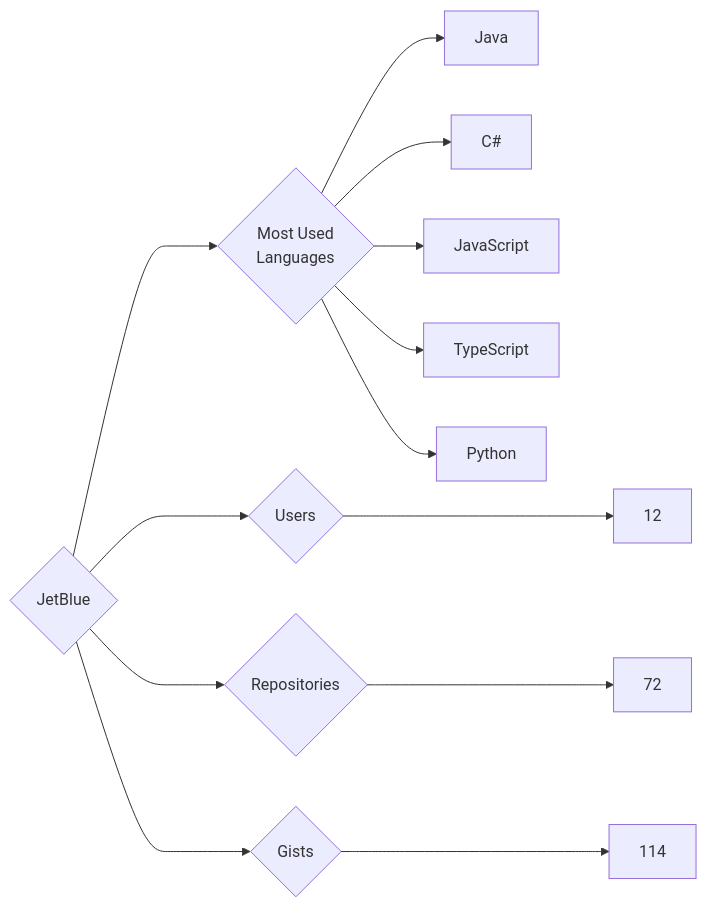
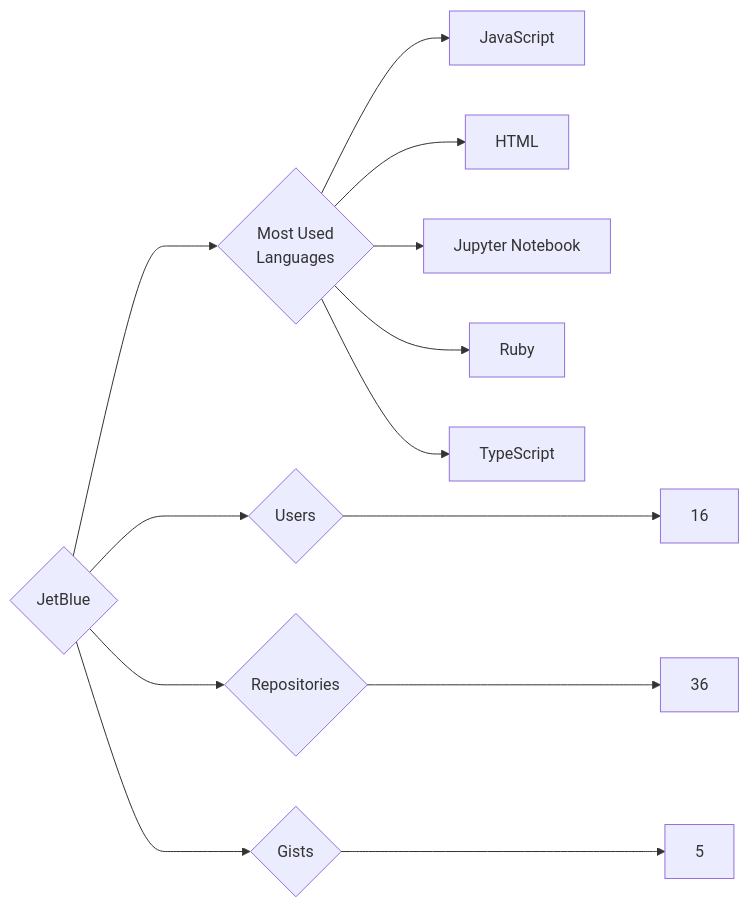
The diagram in targets/JetBlue/README.md (trickest/insiders), drawn with Mermaid before and after one commit. The commit also changed 777 other files, not shown here.

````diff
--- a/targets/JetBlue/README.md
+++ b/targets/JetBlue/README.md
@@ -3,13 +3,13 @@
 ```mermaid
 graph LR
 COMPANY_NAME{JetBlue}
-COMPANY_NAME ---> U{Users} ---> UN[12]
-COMPANY_NAME ---> R{Repositories} ---> RN[72]
-COMPANY_NAME ---> G{Gists} ---> GN[114]
+COMPANY_NAME ---> U{Users} ---> UN[16]
+COMPANY_NAME ---> R{Repositories} ---> RN[36]
+COMPANY_NAME ---> G{Gists} ---> GN[5]
 COMPANY_NAME ---> ML{Most Used<br>Languages}
-ML --> Java[Java]
-ML --> C#[C#]
 ML --> JavaScript[JavaScript]
+ML --> HTML[HTML]
+ML --> Jupyter_Notebook[Jupyter Notebook]
+ML --> Ruby[Ruby]
 ML --> TypeScript[TypeScript]
-ML --> Python[Python]
 ```
````
